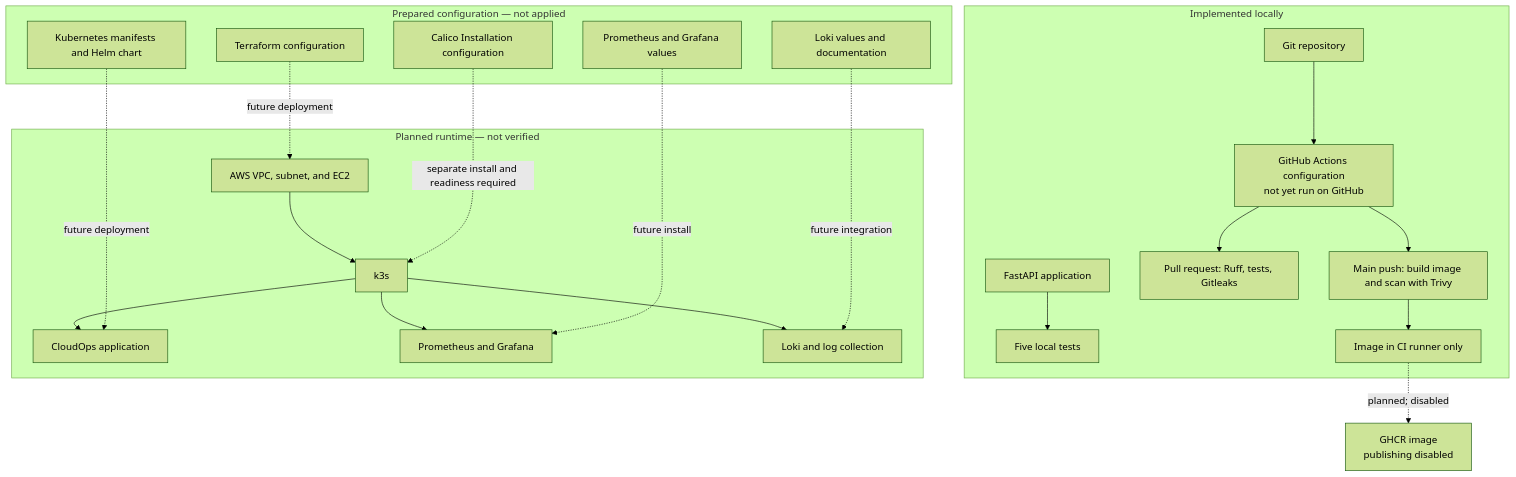
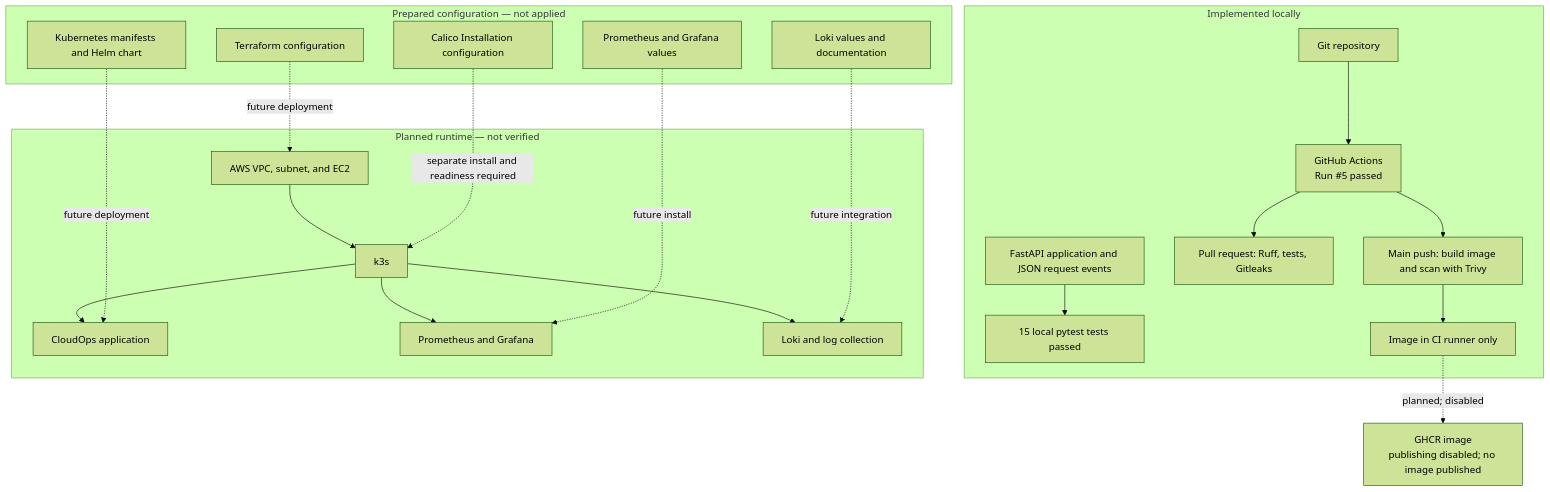
Before and after one commit to avinashmnth2507-dev/cloudops-platform: the diagram in docs/architecture.md, drawn with Mermaid (forest theme). The commit also changed other lines of this file and 6 other files, not shown here.

````diff
--- a/docs/architecture.md
+++ b/docs/architecture.md
@@ -26,34 +26,34 @@
 ```mermaid
 flowchart TB
   subgraph local["Implemented locally"]
-    app["FastAPI application"] --> tests["Five local tests"]
-    repo["Git repository"] --> workflow["GitHub Actions configuration<br/>not yet run on GitHub"]
+    app["FastAPI application and JSON request events"] --> tests["15 local pytest tests passed"]
+    repo["Git repository"] --> workflow["GitHub Actions<br/>Run #5 passed"]
     workflow --> validation["Pull request: Ruff, tests, Gitleaks"]
     workflow --> scan["Main push: build image and scan with Trivy"]
     scan --> localimage["Image in CI runner only"]
   end
 
-  ghcr["GHCR image<br/>publishing disabled"]
+  ghcr["GHCR image<br/>publishing disabled; no image published"]
   localimage -. "planned; disabled" .-> ghcr
 
   subgraph prepared["Prepared configuration — not applied"]
     terraform["Terraform configuration"]
     calico["Calico Installation configuration"]
     manifests["Kubernetes manifests and Helm chart"]
     monitoring["Prometheus and Grafana values"]
     loki["Loki values and documentation"]
   end
 
   subgraph future["Planned runtime — not verified"]
     aws["AWS VPC, subnet, and EC2"] --> k3s["k3s"]
     k3s --> cloudops["CloudOps application"]
     k3s --> prom["Prometheus and Grafana"]
     k3s --> lokiworkload["Loki and log collection"]
   end
 
   terraform -. "future deployment" .-> aws
   calico -. "separate install and readiness required" .-> k3s
   manifests -. "future deployment" .-> cloudops
   monitoring -. "future install" .-> prom
   loki -. "future integration" .-> lokiworkload
 ```
````
